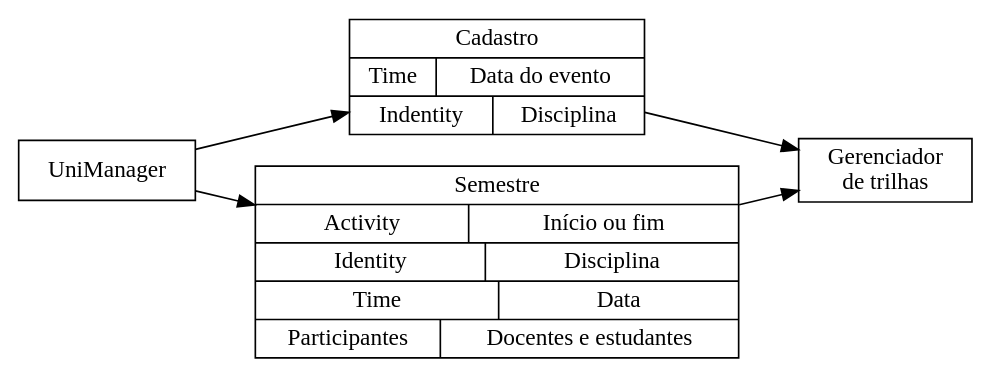
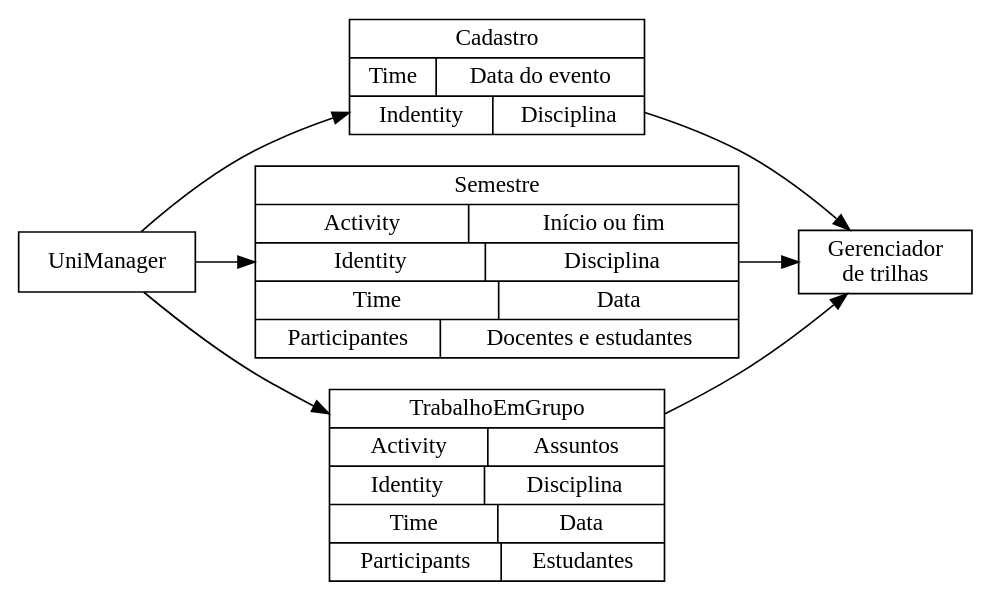
The diagram in academia/dissertacao/graficos/ont_disciplina.dot (andrenho/andrenho), drawn with Graphviz before and after one commit. The commit also changed 4 other files, not shown here.

```diff
--- a/academia/dissertacao/graficos/ont_disciplina.dot
+++ b/academia/dissertacao/graficos/ont_disciplina.dot
@@ -1,12 +1,14 @@
 digraph G {
 
   rankdir = LR;
 	node [shape=record];
   UniManager;
   trail [label="Gerenciador\nde trilhas"];
   cadastro [label="Cadastro|{Time|Data do evento}|{Indentity|Disciplina}"];
   semestre [label="Semestre|{Activity|Início ou fim}|{Identity|Disciplina}|{Time|Data}|{Participantes|Docentes e estudantes}"];
+  trabalho [label="TrabalhoEmGrupo|{Activity|Assuntos}|{Identity|Disciplina}|{Time|Data}|{Participants|Estudantes}"];
 
-	UniManager -> cadastro -> trail;
-	UniManager -> semestre -> trail;
+  UniManager -> cadastro -> trail;
+  UniManager -> semestre -> trail;
+  UniManager -> trabalho -> trail;
 }
```
